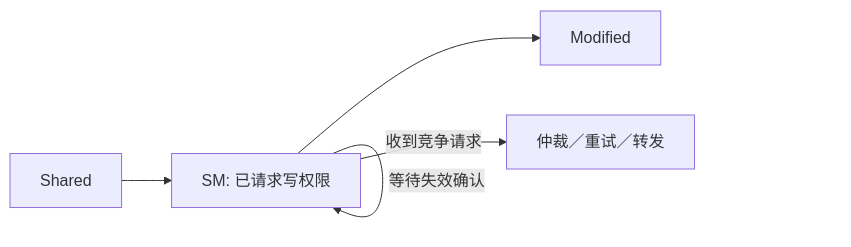
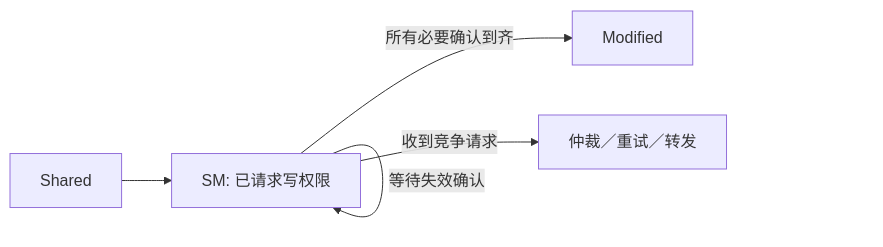
One commit to FormingSystem/linux_note changed the fourth of 4 diagrams in knowledge/foundations/computer_architecture/cache_coherence/P06_MESIF_MOESI_与协议扩展.md. Above: the diagram before and after it, drawn with Mermaid. The commit also changed other lines of this file and 10 other files, not shown here.

First line of the commit message:
content(architecture/cache): 重建缓存一致性事务与硬件职责的因果讲解

````diff
--- a/knowledge/foundations/computer_architecture/cache_coherence/P06_MESIF_MOESI_与协议扩展.md
+++ b/knowledge/foundations/computer_architecture/cache_coherence/P06_MESIF_MOESI_与协议扩展.md
@@ -51,7 +82,7 @@
 ```mermaid
 flowchart LR
     S[Shared] --> SM[SM: 已请求写权限]
     SM -->|等待失效确认| SM
-    SM --> M[Modified]
+    SM -->|所有必要确认到齐| M[Modified]
     SM -->|收到竞争请求| RETRY[仲裁／重试／转发]
 ```
````
